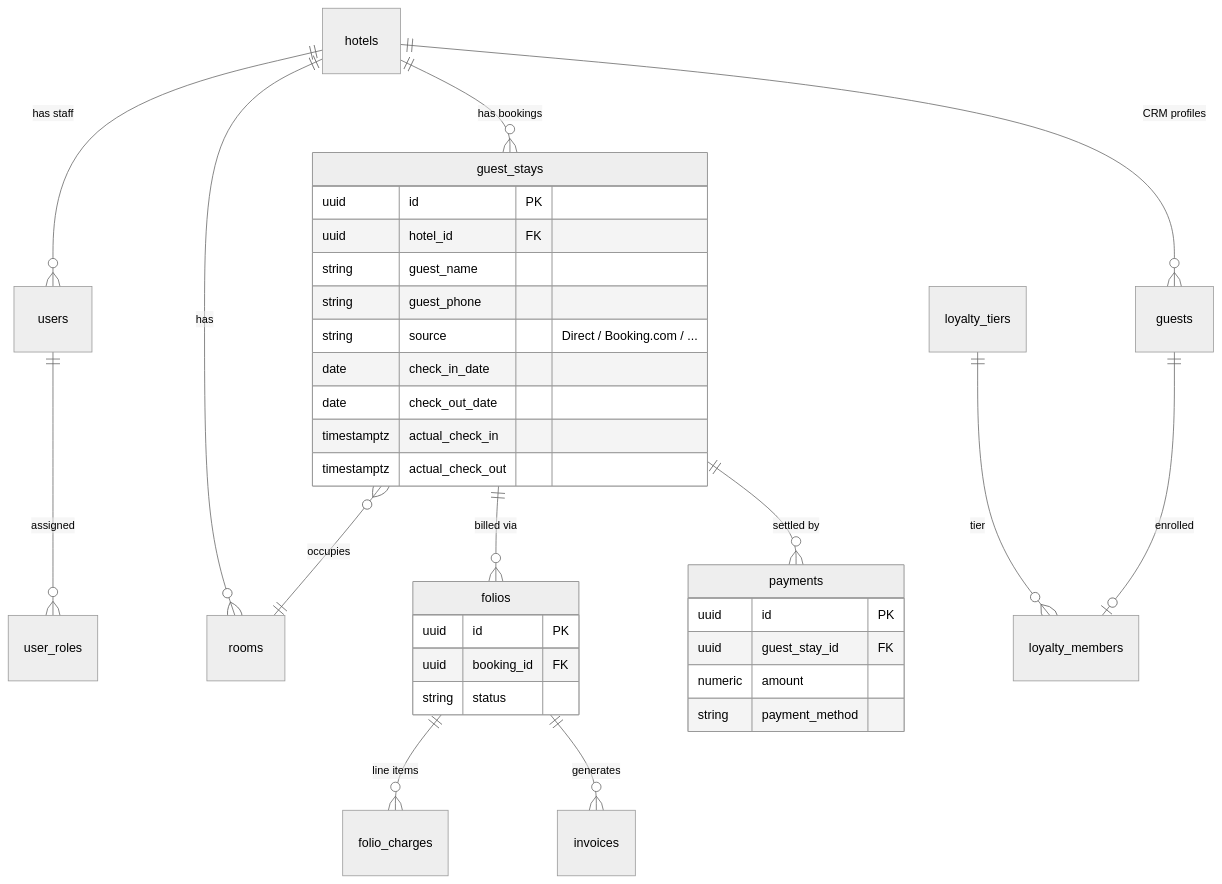
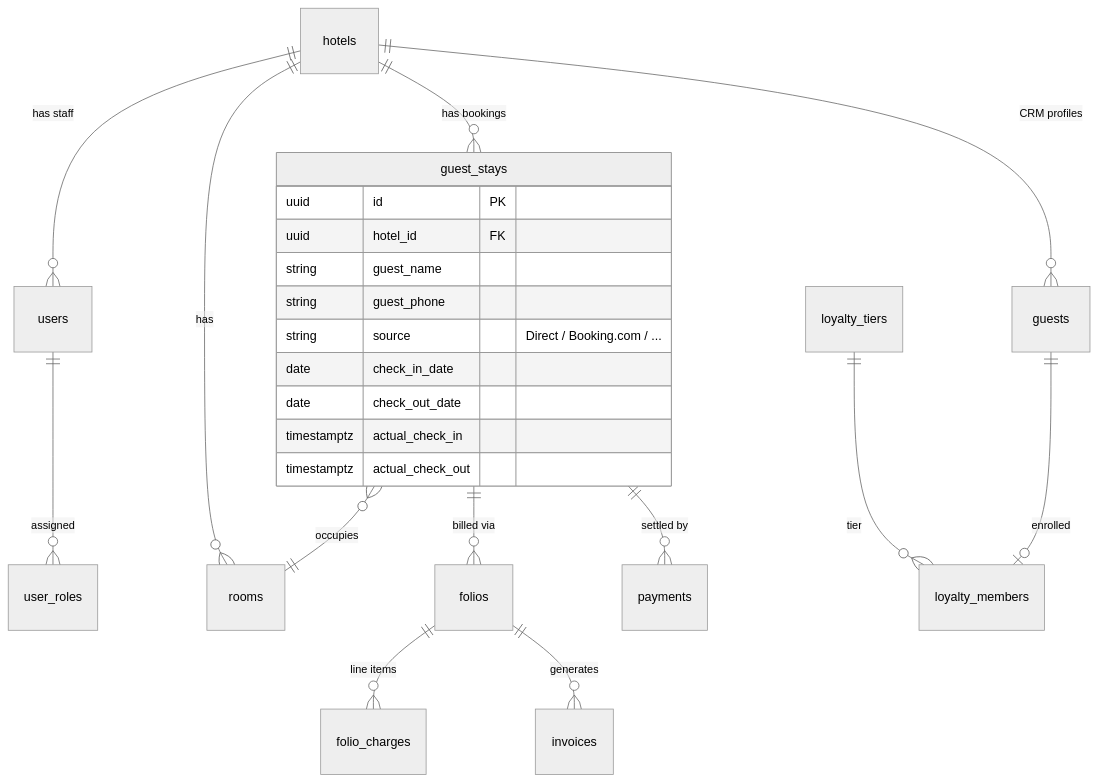
The ninth of 10 diagrams in docs/ARCHITECTURE.md (jasmeet15069/HmsAdminStaffPortal), drawn with Mermaid (neutral theme) before and after one commit. The commit also changed other lines of this file, not shown here.

First line of the commit message:
docs: rewrite ARCHITECTURE to match target diagram; scrub IPs

````diff
--- a/docs/ARCHITECTURE.md
+++ b/docs/ARCHITECTURE.md
@@ -340,38 +294,27 @@
 ```mermaid
 erDiagram
     hotels ||--o{ users : "has staff"
     hotels ||--o{ rooms : "has"
     hotels ||--o{ guest_stays : "has bookings"
     users ||--o{ user_roles : "assigned"
     guest_stays }o--|| rooms : "occupies"
     guest_stays ||--o{ folios : "billed via"
     folios ||--o{ folio_charges : "line items"
     guest_stays ||--o{ payments : "settled by"
     folios ||--o{ invoices : "generates"
     hotels ||--o{ guests : "CRM profiles"
     guests ||--o| loyalty_members : "enrolled"
     loyalty_tiers ||--o{ loyalty_members : "tier"
 
     guest_stays {
         uuid id PK
         uuid hotel_id FK
         string guest_name
         string guest_phone
         string source "Direct / Booking.com / ..."
         date check_in_date
         date check_out_date
         timestamptz actual_check_in
         timestamptz actual_check_out
     }
-    folios {
-        uuid id PK
-        uuid booking_id FK
-        string status
-    }
-    payments {
-        uuid id PK
-        uuid guest_stay_id FK
-        numeric amount
-        string payment_method
-    }
 ```
````
